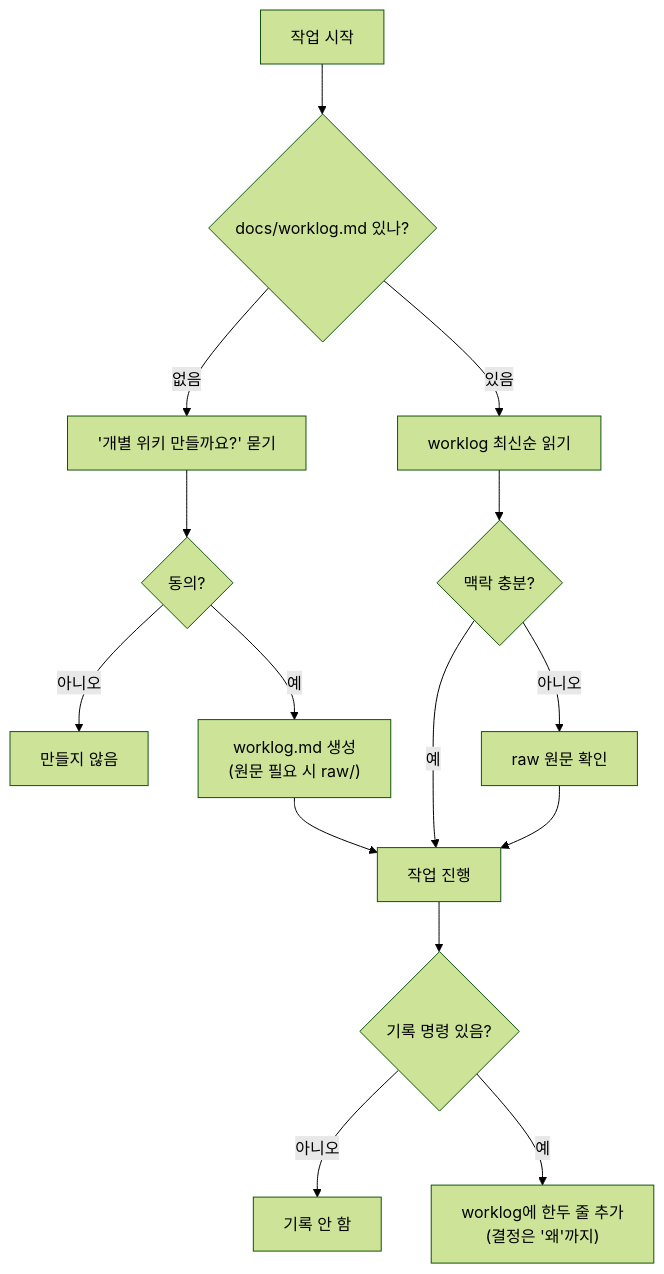
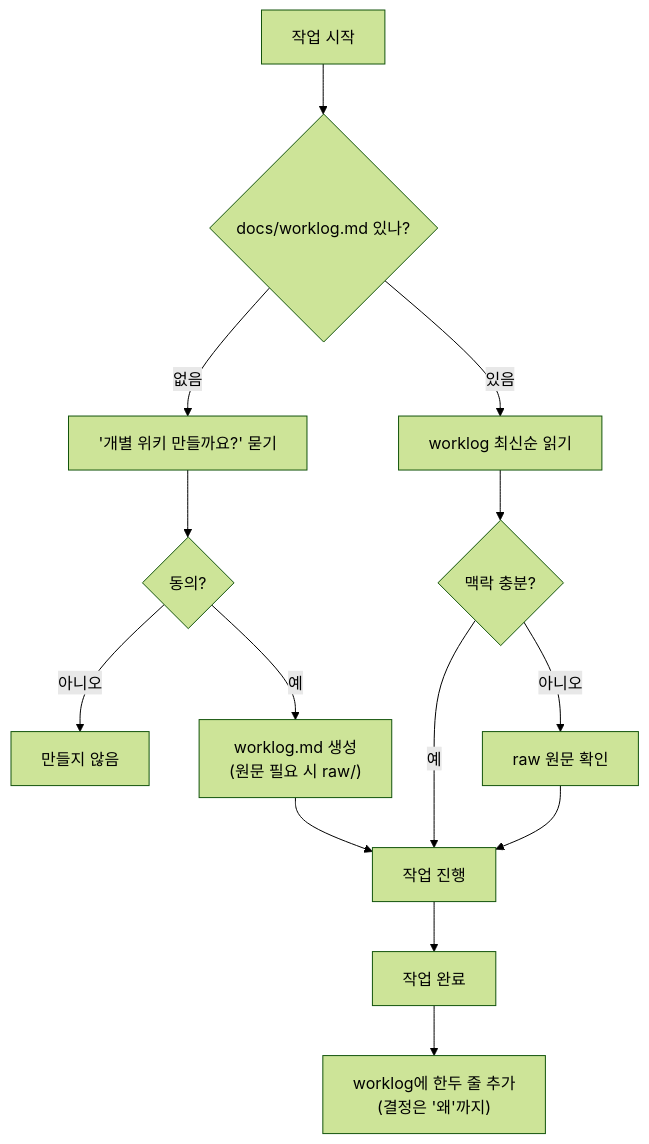
One commit to pkt369/isometic-2d-test changed the diagram in docs/20_wiki/operations/project-wiki-guide.md. Above: the diagram before and after it, drawn with Mermaid (forest theme). The commit also changed other lines of this file and 49 other files, not shown here.

````diff
--- a/docs/20_wiki/operations/project-wiki-guide.md
+++ b/docs/20_wiki/operations/project-wiki-guide.md
@@ -46,17 +49,16 @@
 ```mermaid
 flowchart TD
     A[작업 시작] --> B{"docs/worklog.md 있나?"}
     B -- 없음 --> C["'개별 위키 만들까요?' 묻기"]
     C --> D{동의?}
     D -- 아니오 --> Z[만들지 않음]
     D -- 예 --> E["worklog.md 생성<br/>(원문 필요 시 raw/)"]
     B -- 있음 --> F[worklog 최신순 읽기]
     E --> G[작업 진행]
     F --> H{맥락 충분?}
     H -- 아니오 --> I[raw 원문 확인]
     H -- 예 --> G
     I --> G
-    G --> J{"기록 명령 있음?"}
-    J -- 아니오 --> K[기록 안 함]
-    J -- 예 --> L["worklog에 한두 줄 추가<br/>(결정은 '왜'까지)"]
+    G --> J[작업 완료]
+    J --> L["worklog에 한두 줄 추가<br/>(결정은 '왜'까지)"]
 ```
````
